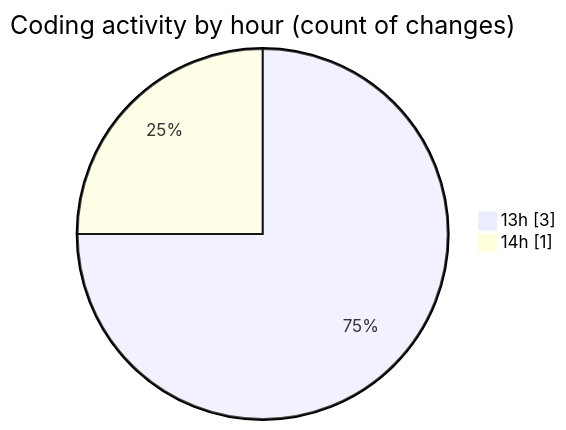
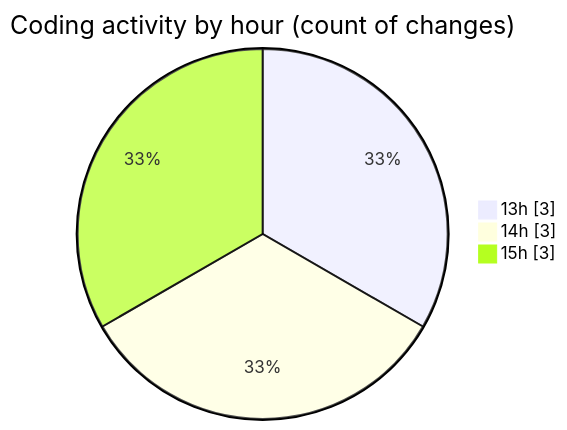
The second of 2 diagrams in 2025-06-15/studio-backend/README.md (idhammustaqopulfikri/code-tracking), drawn with Mermaid before and after one commit. The commit also changed other lines of this file and 1 other file, not shown here.

````diff
--- a/2025-06-15/studio-backend/README.md
+++ b/2025-06-15/studio-backend/README.md
@@ -31,6 +33,7 @@
 ```mermaid
 pie showData
 title Coding activity by hour (count of changes)
 "13h" : 3
-"14h" : 1
+"14h" : 3
+"15h" : 3
 ```
````
